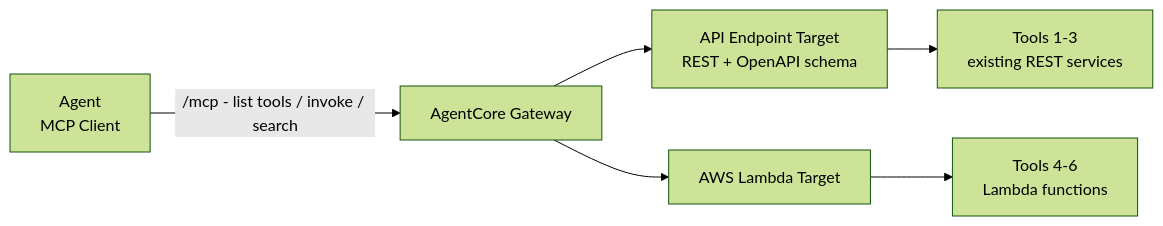
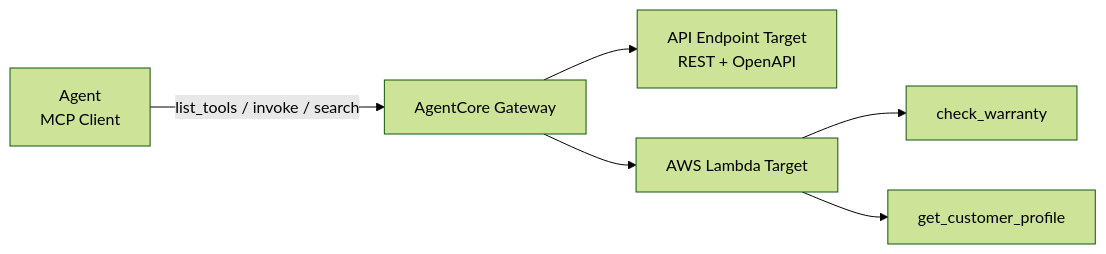
Before and after one commit to DeeptiShuklaProject/Uday_AWS: the fourth of 6 diagrams in doc_bedrock_production/Chapter_02_Bedrock_AgentCore_Production_Ready_Agents.md, drawn with Mermaid (forest theme). The commit also changed other lines of this file and 147 other files, not shown here.

````diff
--- a/doc_bedrock_production/Chapter_02_Bedrock_AgentCore_Production_Ready_Agents.md
+++ b/doc_bedrock_production/Chapter_02_Bedrock_AgentCore_Production_Ready_Agents.md
@@ -402,8 +376,8 @@
 ```mermaid
 flowchart LR
-    Agent["Agent<br/>MCP Client"] -->|"/mcp - list tools / invoke / search"| GW["AgentCore Gateway"]
-    GW --> APIT["API Endpoint Target<br/>REST + OpenAPI schema"]
+    Agent["Agent<br/>MCP Client"] -->|"list_tools / invoke / search"| GW["AgentCore Gateway"]
+    GW --> APIT["API Endpoint Target<br/>REST + OpenAPI"]
     GW --> LT["AWS Lambda Target"]
-    APIT --> T123["Tools 1-3<br/>existing REST services"]
-    LT --> T456["Tools 4-6<br/>Lambda functions"]
+    LT --> T1["check_warranty"]
+    LT --> T2["get_customer_profile"]
 ```
````
